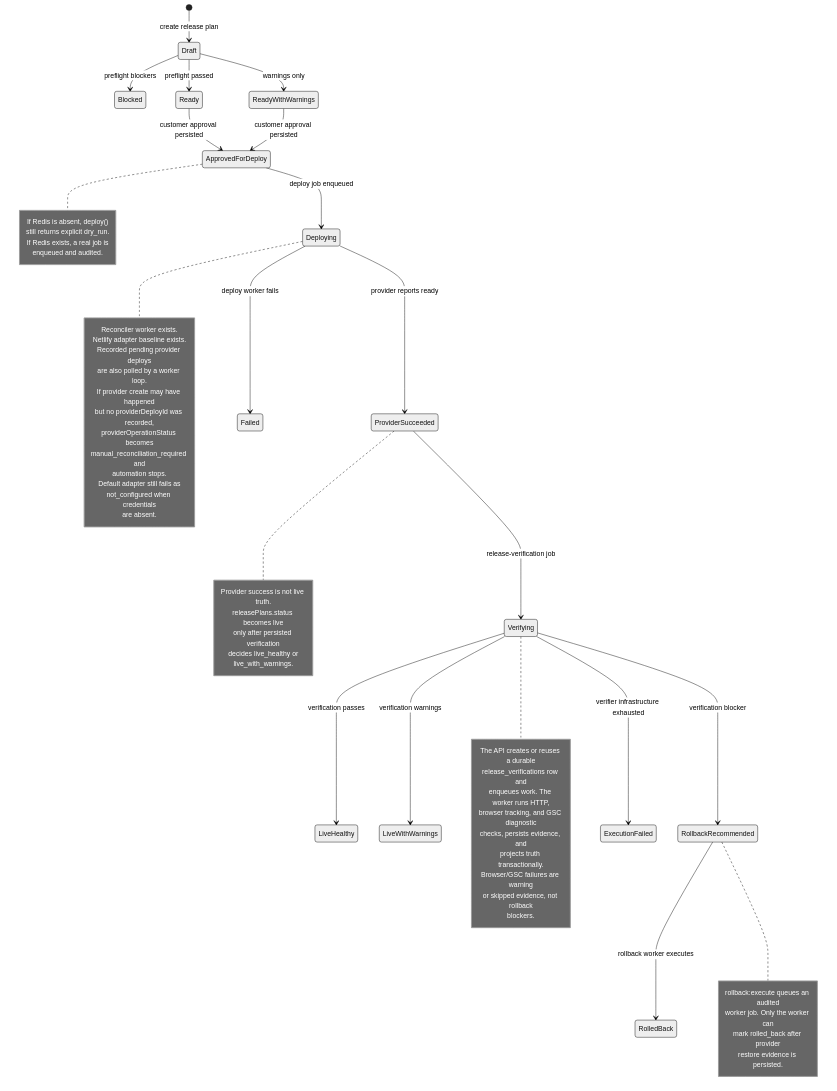
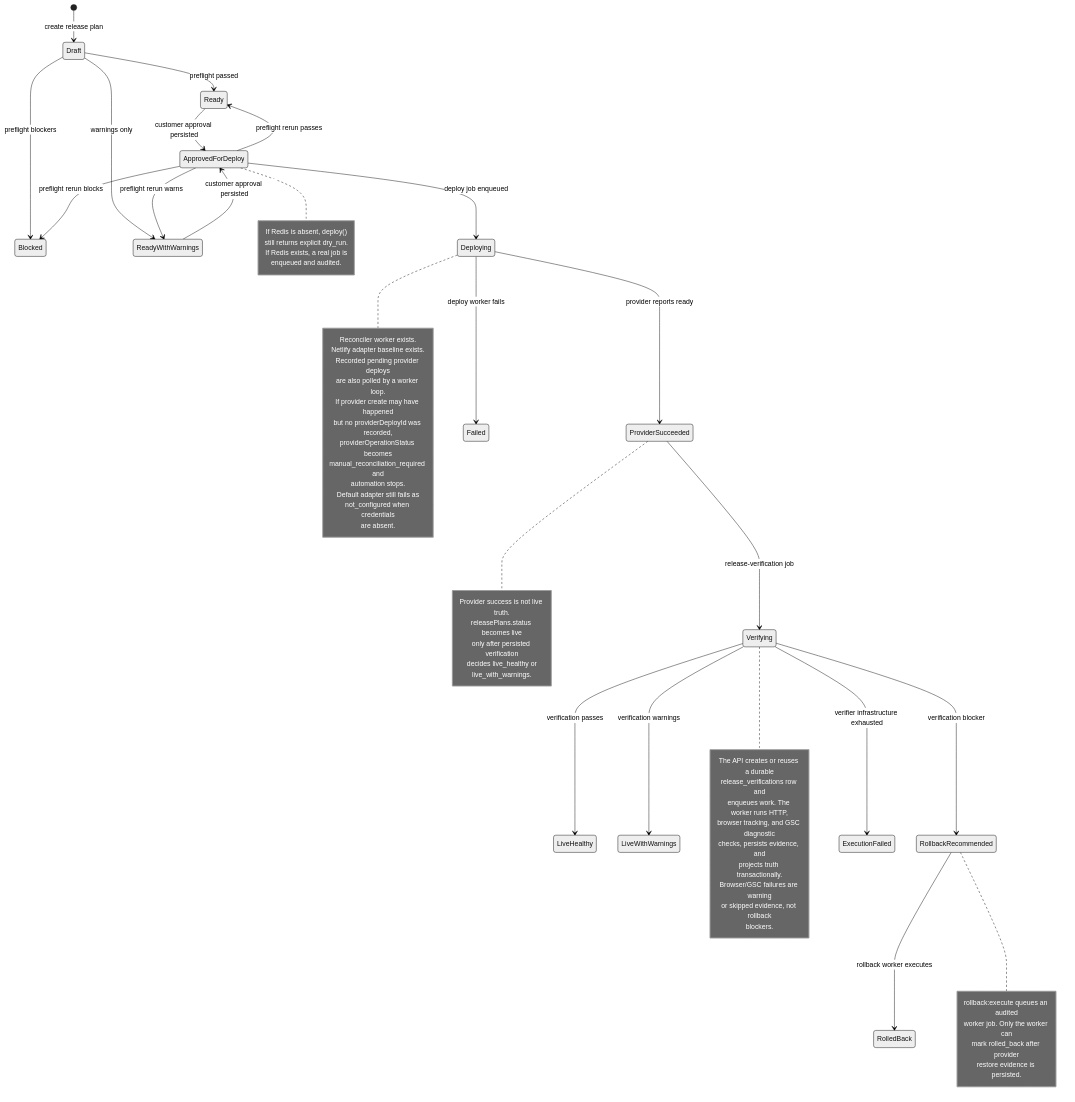
The second of 3 diagrams in docs/architecture/backend-foundation-status.md (mayett515/Seo_automatisation), drawn with Mermaid (neutral theme) before and after one commit. The commit also changed other lines of this file and 7 other files, not shown here.

````diff
--- a/docs/architecture/backend-foundation-status.md
+++ b/docs/architecture/backend-foundation-status.md
@@ -67,67 +67,70 @@
 ```mermaid
 stateDiagram-v2
   [*] --> Draft: create release plan
   Draft --> Blocked: preflight blockers
   Draft --> Ready: preflight passed
   Draft --> ReadyWithWarnings: warnings only
   Ready --> ApprovedForDeploy: customer approval persisted
   ReadyWithWarnings --> ApprovedForDeploy: customer approval persisted
+  ApprovedForDeploy --> Ready: preflight rerun passes
+  ApprovedForDeploy --> ReadyWithWarnings: preflight rerun warns
+  ApprovedForDeploy --> Blocked: preflight rerun blocks
   ApprovedForDeploy --> Deploying: deploy job enqueued
   Deploying --> ProviderSucceeded: provider reports ready
   Deploying --> Failed: deploy worker fails
   ProviderSucceeded --> Verifying: release-verification job
   Verifying --> LiveHealthy: verification passes
   Verifying --> LiveWithWarnings: verification warnings
   Verifying --> RollbackRecommended: verification blocker
   Verifying --> ExecutionFailed: verifier infrastructure exhausted
   RollbackRecommended --> RolledBack: rollback worker executes
 
   note right of Deploying
     Reconciler worker exists.
     Netlify adapter baseline exists.
     Recorded pending provider deploys
     are also polled by a worker loop.
     If provider create may have happened
     but no providerDeployId was recorded,
     providerOperationStatus becomes
     manual_reconciliation_required and
     automation stops.
     Default adapter still fails as
     not_configured when credentials
     are absent.
   end note
 
   note right of ApprovedForDeploy
     If Redis is absent, deploy()
     still returns explicit dry_run.
     If Redis exists, a real job is
     enqueued and audited.
   end note
 
   note right of ProviderSucceeded
     Provider success is not live truth.
     releasePlans.status becomes live
     only after persisted verification
     decides live_healthy or
     live_with_warnings.
   end note
 
   note right of Verifying
     The API creates or reuses a durable
     release_verifications row and
     enqueues work. The worker runs HTTP,
     browser tracking, and GSC diagnostic
     checks, persists evidence, and
     projects truth transactionally.
     Browser/GSC failures are warning
     or skipped evidence, not rollback
     blockers.
   end note
 
   note right of RollbackRecommended
     rollback:execute queues an audited
     worker job. Only the worker can
     mark rolled_back after provider
     restore evidence is persisted.
   end note
 ```
````
